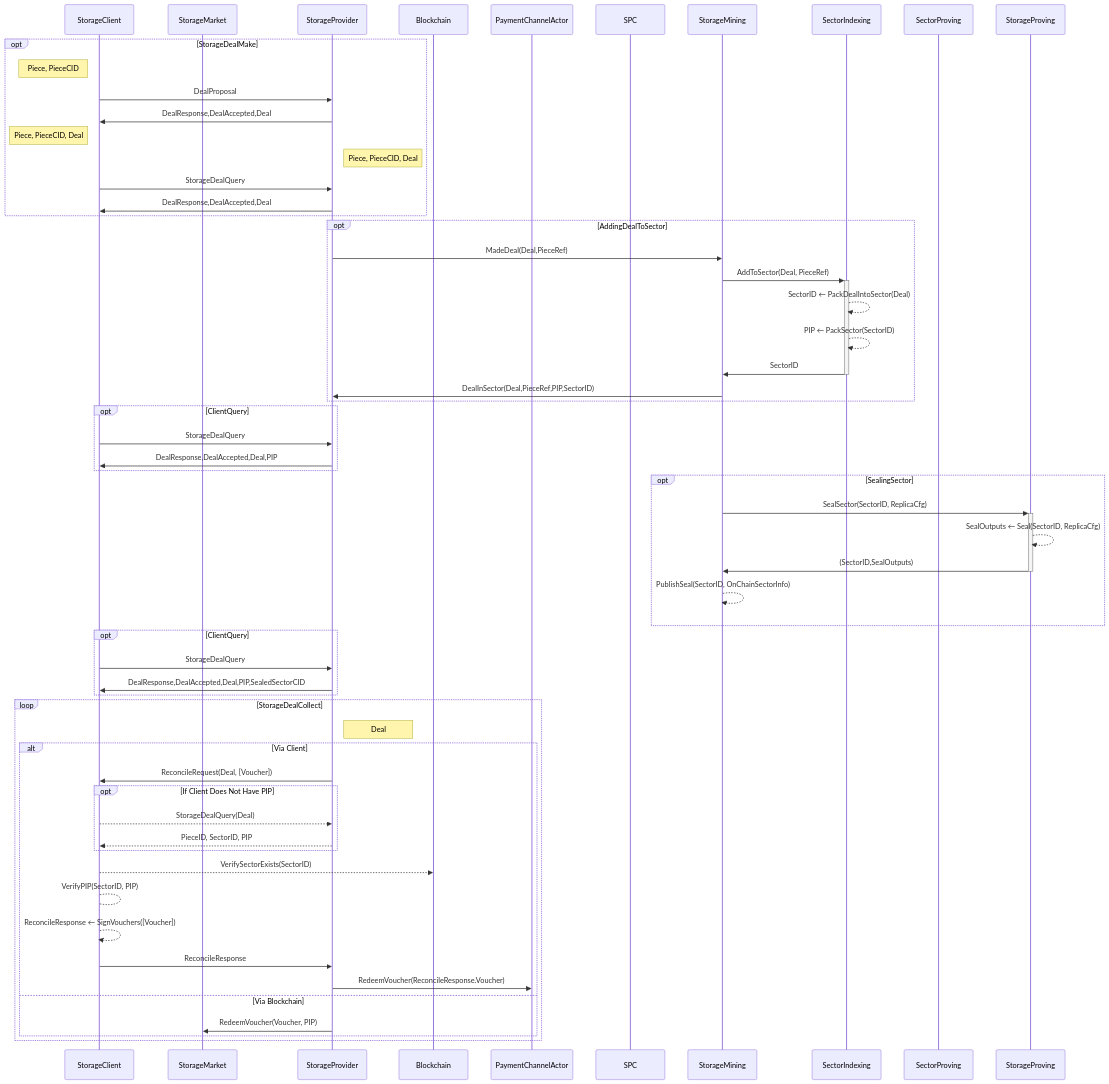
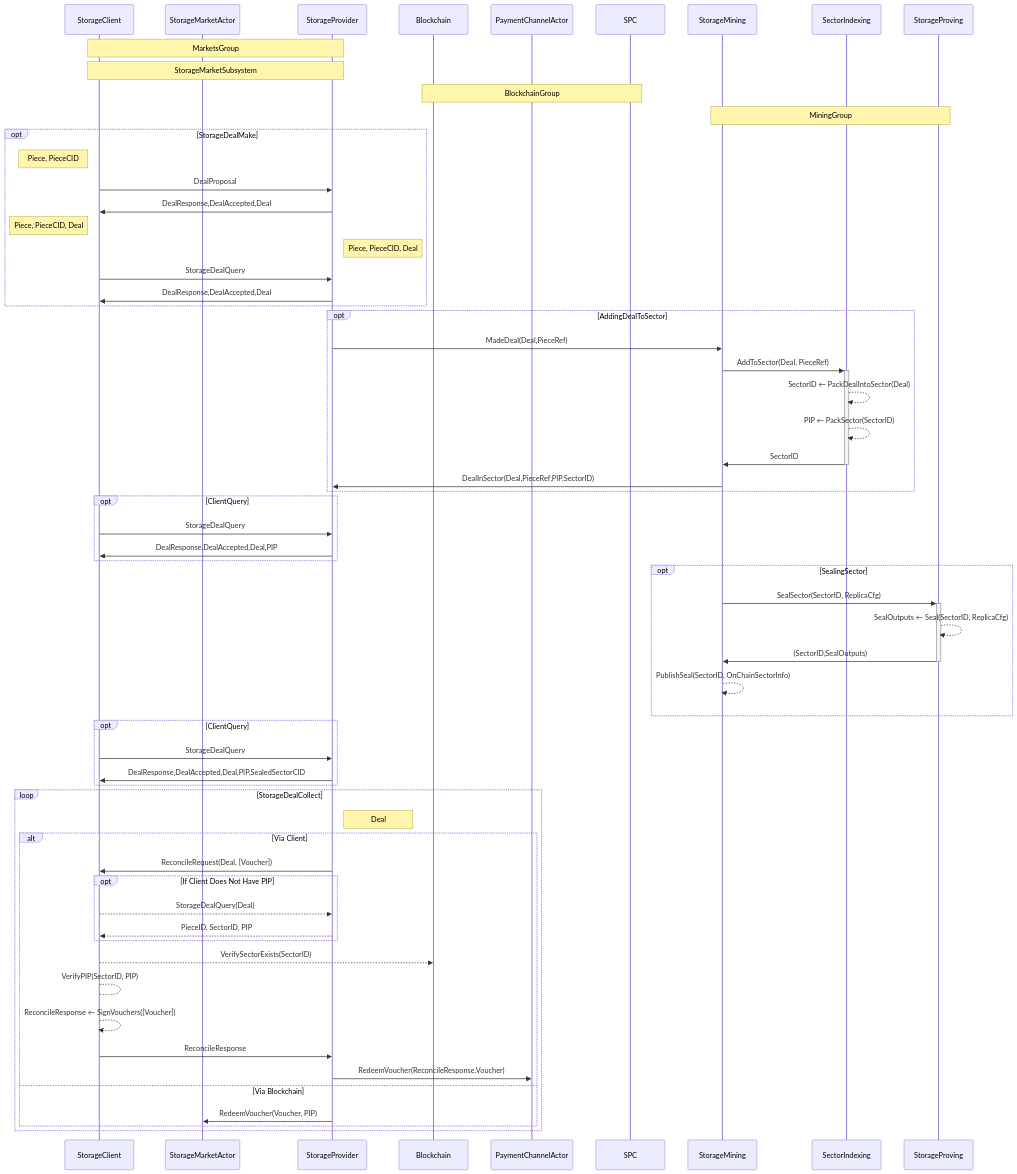
The diagram in src/intro/_index.md (filecoin-project/specs), drawn with Mermaid before and after one commit.

Commit message:
storage protocol overview

```diff
--- a/src/intro/_index.md
+++ b/src/intro/_index.md
@@ -43,74 +43,79 @@
 {{% mermaid %}}
 sequenceDiagram
     participant StorageClient
-    participant StorageMarket
+    participant StorageMarketActor
     participant StorageProvider
 
     participant Blockchain
     participant PaymentChannelActor
     participant SPC
 
     participant StorageMining
     participant SectorIndexing
-    participant SectorProving
+    participant StorageProving
+
+    Note over StorageClient,StorageProvider: MarketsGroup
+    Note over StorageClient,StorageProvider: StorageMarketSubsystem
+    Note over Blockchain,SPC: BlockchainGroup
+    Note over StorageMining,StorageProving: MiningGroup
 
     opt StorageDealMake
         Note left of StorageClient: Piece, PieceCID
         StorageClient->>StorageProvider: DealProposal
         StorageProvider->>StorageClient: DealResponse,DealAccepted,Deal
         Note left of StorageClient: Piece, PieceCID, Deal
         Note right of StorageProvider: Piece, PieceCID, Deal
         StorageClient->>StorageProvider: StorageDealQuery
         StorageProvider->>StorageClient: DealResponse,DealAccepted,Deal
     end
 
     opt AddingDealToSector
         StorageProvider->>StorageMining: MadeDeal(Deal,PieceRef)
         StorageMining->>+SectorIndexing: AddToSector(Deal, PieceRef)
         SectorIndexing-->>SectorIndexing: SectorID ← PackDealIntoSector(Deal)
         SectorIndexing-->>SectorIndexing: PIP ← PackSector(SectorID)
         SectorIndexing->>-StorageMining: SectorID
         StorageMining->>StorageProvider: DealInSector(Deal,PieceRef,PIP,SectorID)
     end
 
     opt ClientQuery
         StorageClient->>StorageProvider: StorageDealQuery
         StorageProvider->>StorageClient: DealResponse,DealAccepted,Deal,PIP
     end
 
     opt SealingSector
         StorageMining->>+StorageProving: SealSector(SectorID, ReplicaCfg)
         StorageProving-->>StorageProving: SealOutputs ← Seal(SectorID, ReplicaCfg)
         StorageProving->>-StorageMining: (SectorID,SealOutputs)
         StorageMining-->>StorageMining: PublishSeal(SectorID, OnChainSectorInfo)
     end
 
     opt ClientQuery
         StorageClient->>StorageProvider: StorageDealQuery
         StorageProvider->>StorageClient: DealResponse,DealAccepted,Deal,PIP,SealedSectorCID
     end
 
 
 
     loop StorageDealCollect
         Note Right of StorageProvider: Deal
         alt Via Client
             StorageProvider ->> StorageClient: ReconcileRequest(Deal, [Voucher])
             opt If Client Does Not Have PIP
                 StorageClient -->> StorageProvider: StorageDealQuery(Deal)
                 StorageProvider -->> StorageClient: PieceID, SectorID, PIP
             end
             StorageClient -->> Blockchain: VerifySectorExists(SectorID)
             StorageClient --> StorageClient: VerifyPIP(SectorID, PIP)
             StorageClient -->> StorageClient: ReconcileResponse ← SignVouchers([Voucher])
             StorageClient ->> StorageProvider: ReconcileResponse
             StorageProvider ->> PaymentChannelActor: RedeemVoucher(ReconcileResponse.Voucher)
 
         else Via Blockchain
 
-            StorageProvider ->> StorageMarket: RedeemVoucher(Voucher, PIP)
+            StorageProvider ->> StorageMarketActor: RedeemVoucher(Voucher, PIP)
         end
     end
 
 
 {{% /mermaid %}}
```
